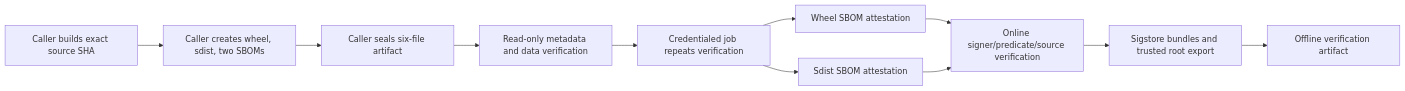
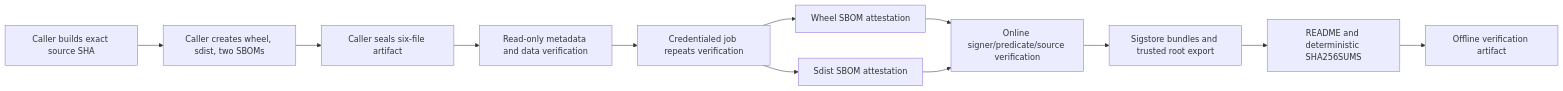
Before and after one commit to ContextualWisdomLab/.github: the diagram in docs/doctoring/exact-artifact-sbom-attestation.md, drawn with Mermaid. The commit also changed other lines of this file, not shown here.

Commit message:
docs(attestation): document strict identity and offline sealing

````diff
--- a/docs/doctoring/exact-artifact-sbom-attestation.md
+++ b/docs/doctoring/exact-artifact-sbom-attestation.md
@@ -27,13 +27,14 @@
 ```mermaid
 flowchart LR
     A[Caller builds exact source SHA] --> B[Caller creates wheel, sdist, two SBOMs]
     B --> C[Caller seals six-file artifact]
     C --> D[Read-only metadata and data verification]
     D --> E[Credentialed job repeats verification]
     E --> F[Wheel SBOM attestation]
     E --> G[Sdist SBOM attestation]
     F --> H[Online signer/predicate/source verification]
     G --> H
     H --> I[Sigstore bundles and trusted root export]
-    I --> J[Offline verification artifact]
+    I --> J[README and deterministic SHA256SUMS]
+    J --> K[Offline verification artifact]
 ```
````
